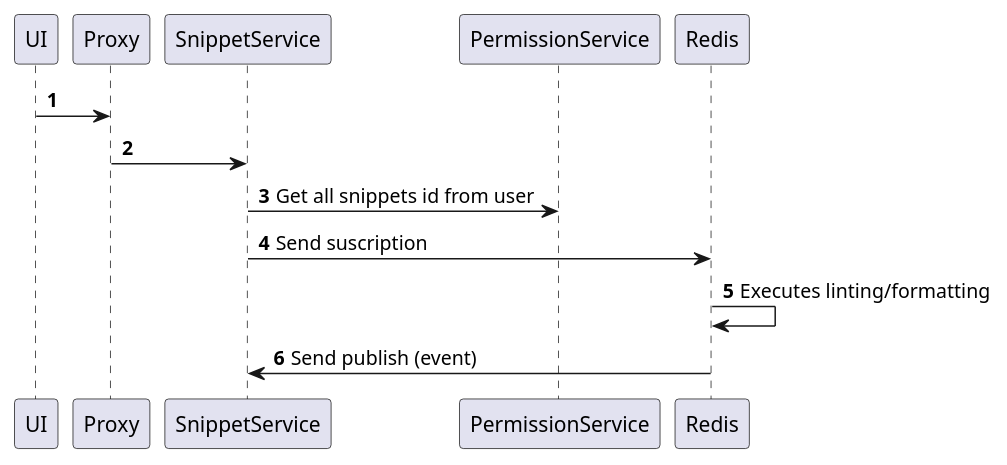
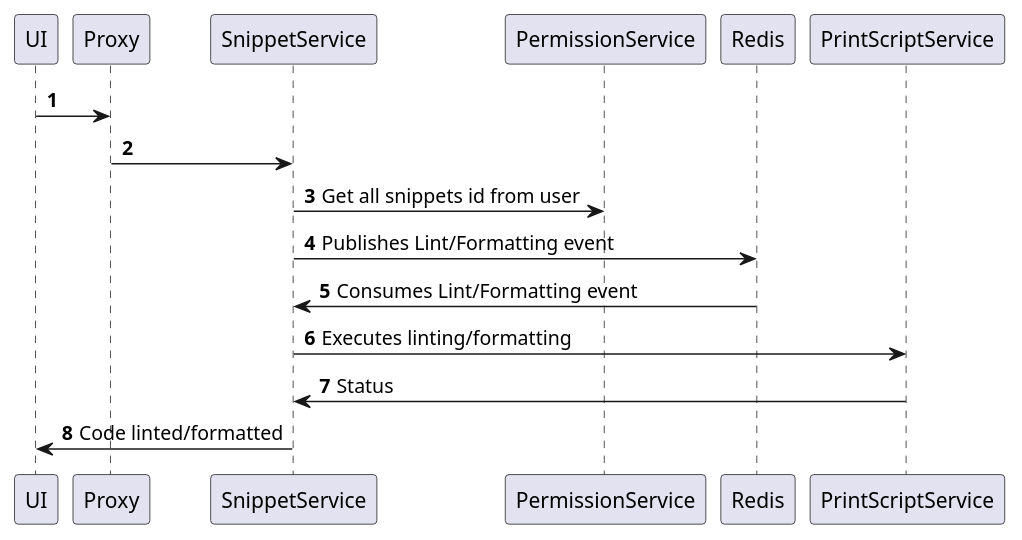
One commit to Ing-Sistemas/snippet-service changed the diagram in diagrams/LintOrFormatSnippet.puml. Above: the diagram before and after it, drawn with PlantUML.

Commit message:
betta puml

```diff
--- a/diagrams/LintOrFormatSnippet.puml
+++ b/diagrams/LintOrFormatSnippet.puml
@@ -1,13 +1,15 @@
 @startuml
 'https://plantuml.com/sequence-diagram
 
 autonumber
 
 UI -> Proxy
 
 Proxy -> SnippetService
 SnippetService -> PermissionService: Get all snippets id from user
-SnippetService -> Redis: Send suscription
-Redis -> Redis: Executes linting/formatting
-Redis -> SnippetService: Send publish (event)
+SnippetService -> Redis: Publishes Lint/Formatting event
+Redis -> SnippetService: Consumes Lint/Formatting event
+SnippetService -> PrintScriptService: Executes linting/formatting
+PrintScriptService -> SnippetService: Status
+SnippetService -> UI: Code linted/formatted
 @enduml
```
